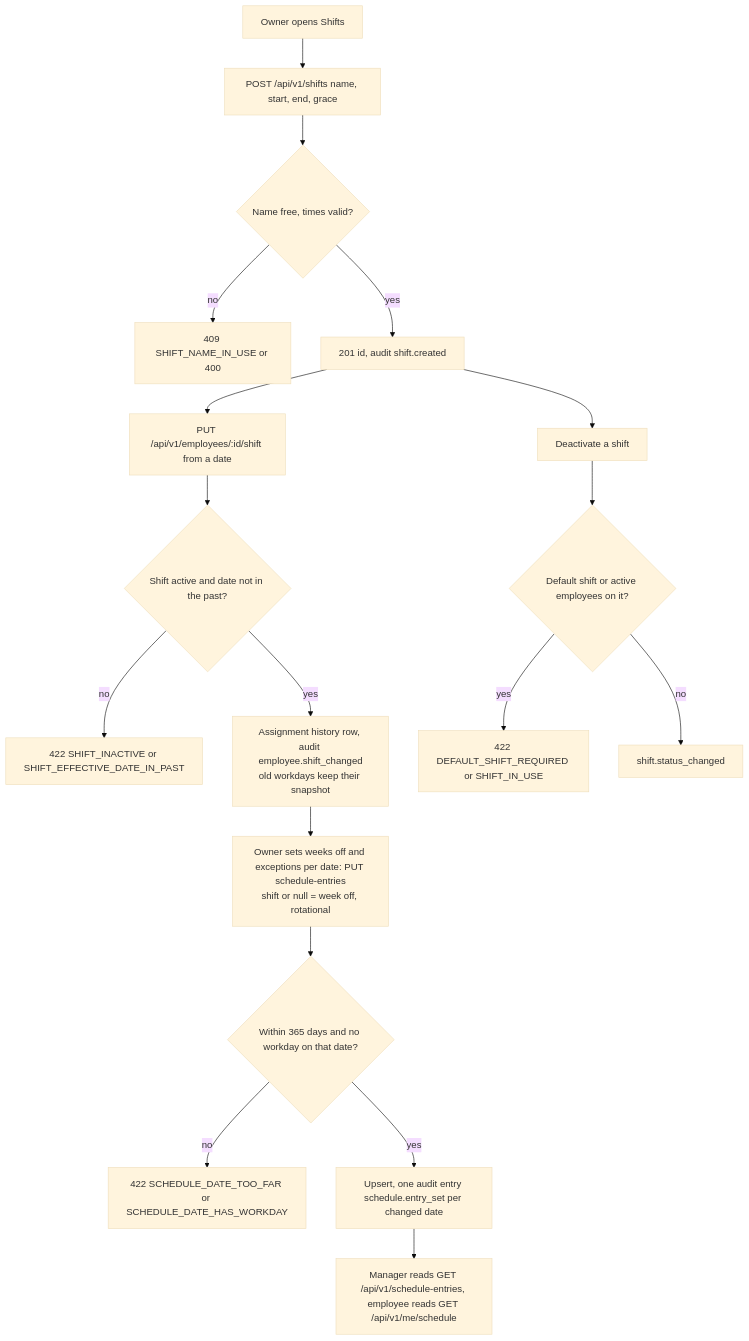
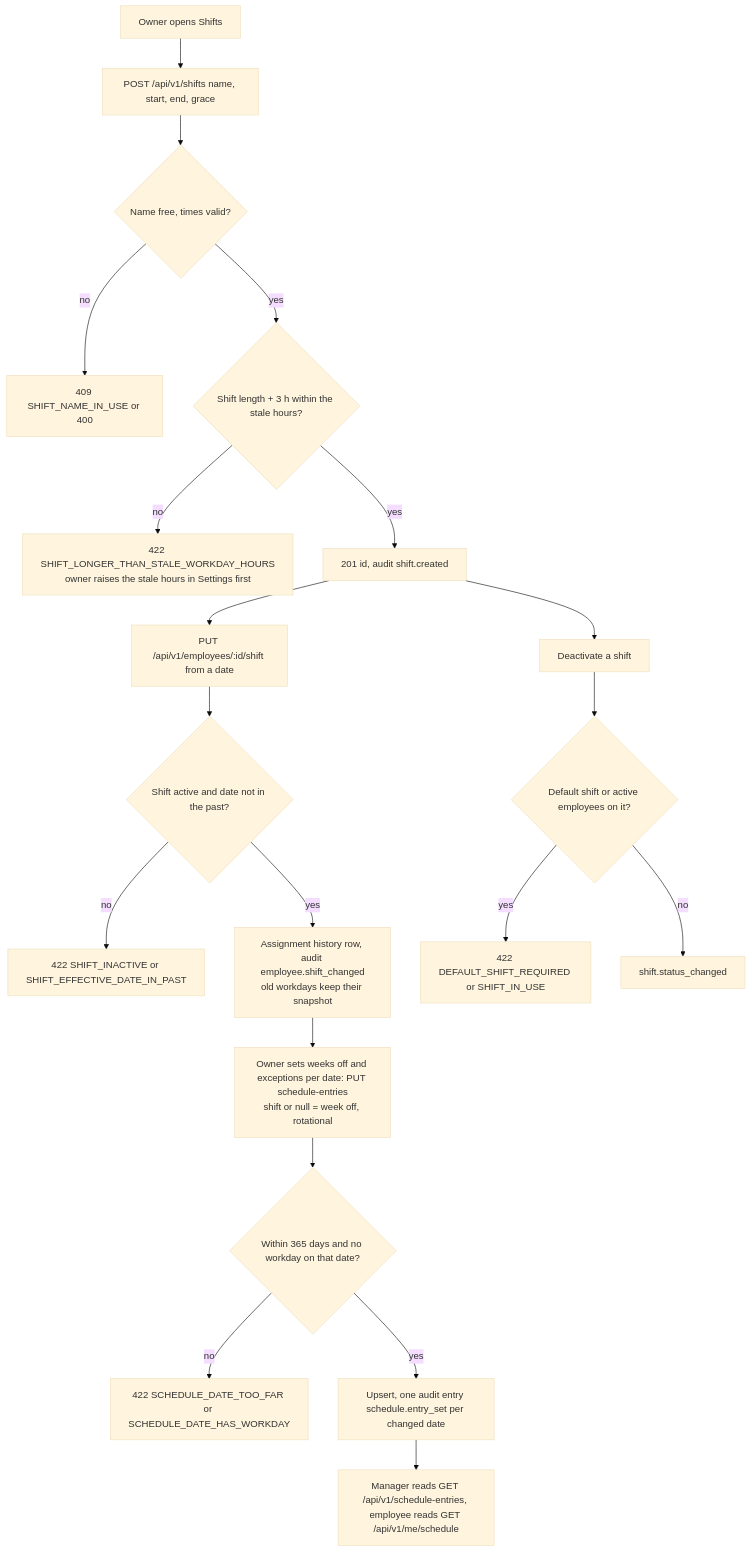
One commit to amitjurislpo/juris-track changed diagram 19 of 21 in references/FLOW-JurisTrack.md. Above: the diagram before and after it, drawn with Mermaid (base theme). The commit also changed other lines of this file and 6 other files, not shown here.

First line of the commit message:
Stale workday hours must be at least the longest shift plus 3 hours

````diff
--- a/references/FLOW-JurisTrack.md
+++ b/references/FLOW-JurisTrack.md
@@ -633,20 +634,22 @@
 ```mermaid
 flowchart TD
     A["Owner opens Shifts"] --> B["POST /api/v1/shifts name, start, end, grace"]
     B --> C{"Name free, times valid?"}
     C -->|"no"| C1["409 SHIFT_NAME_IN_USE or 400"]
-    C -->|"yes"| D["201 id, audit shift.created"]
+    C -->|"yes"| C2{"Shift length + 3 h within the stale hours?"}
+    C2 -->|"no"| C3["422 SHIFT_LONGER_THAN_STALE_WORKDAY_HOURS<br/>owner raises the stale hours in Settings first"]
+    C2 -->|"yes"| D["201 id, audit shift.created"]
     D --> E["PUT /api/v1/employees/:id/shift from a date"]
     E --> F{"Shift active and date not in the past?"}
     F -->|"no"| F1["422 SHIFT_INACTIVE or SHIFT_EFFECTIVE_DATE_IN_PAST"]
     F -->|"yes"| G["Assignment history row, audit employee.shift_changed<br/>old workdays keep their snapshot"]
     G --> H["Owner sets weeks off and exceptions per date: PUT schedule-entries<br/>shift or null = week off, rotational"]
     H --> I{"Within 365 days and no workday on that date?"}
     I -->|"no"| I1["422 SCHEDULE_DATE_TOO_FAR or SCHEDULE_DATE_HAS_WORKDAY"]
     I -->|"yes"| J["Upsert, one audit entry schedule.entry_set per changed date"]
     J --> K["Manager reads GET /api/v1/schedule-entries, employee reads GET /api/v1/me/schedule"]
     D --> L["Deactivate a shift"]
     L --> M{"Default shift or active employees on it?"}
     M -->|"yes"| M1["422 DEFAULT_SHIFT_REQUIRED or SHIFT_IN_USE"]
     M -->|"no"| N["shift.status_changed"]
 ```
````
